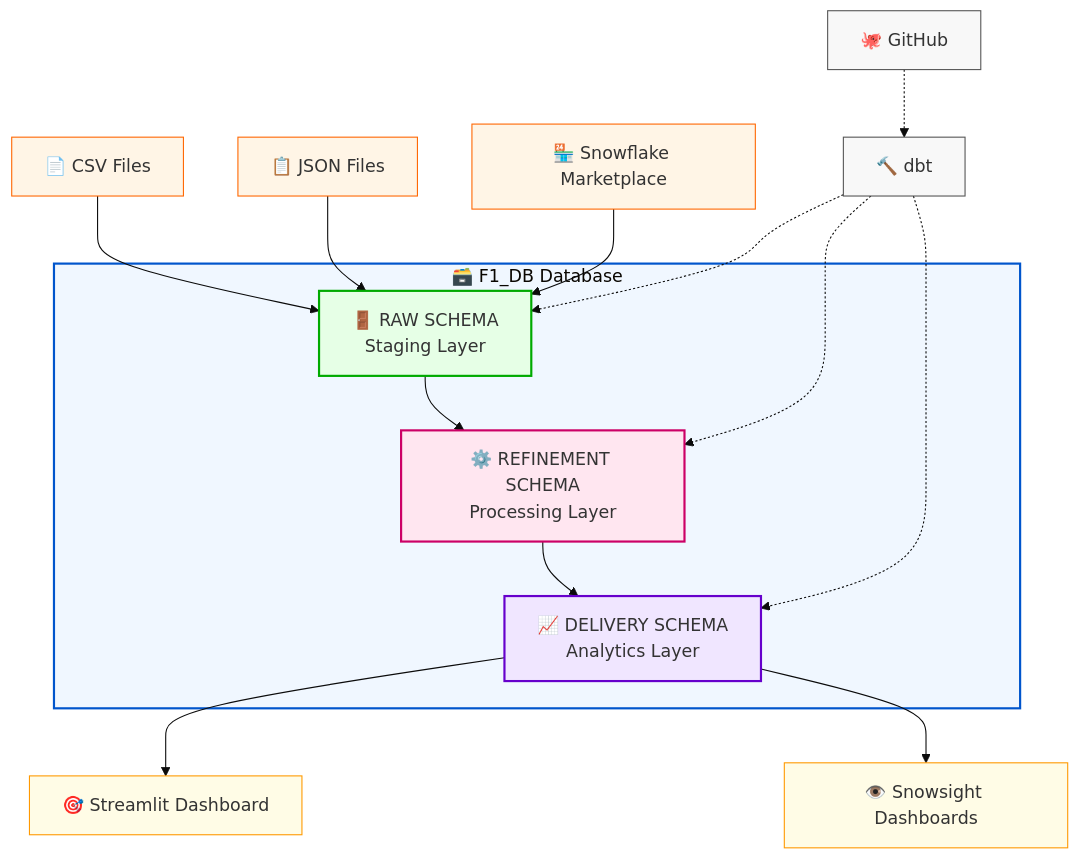
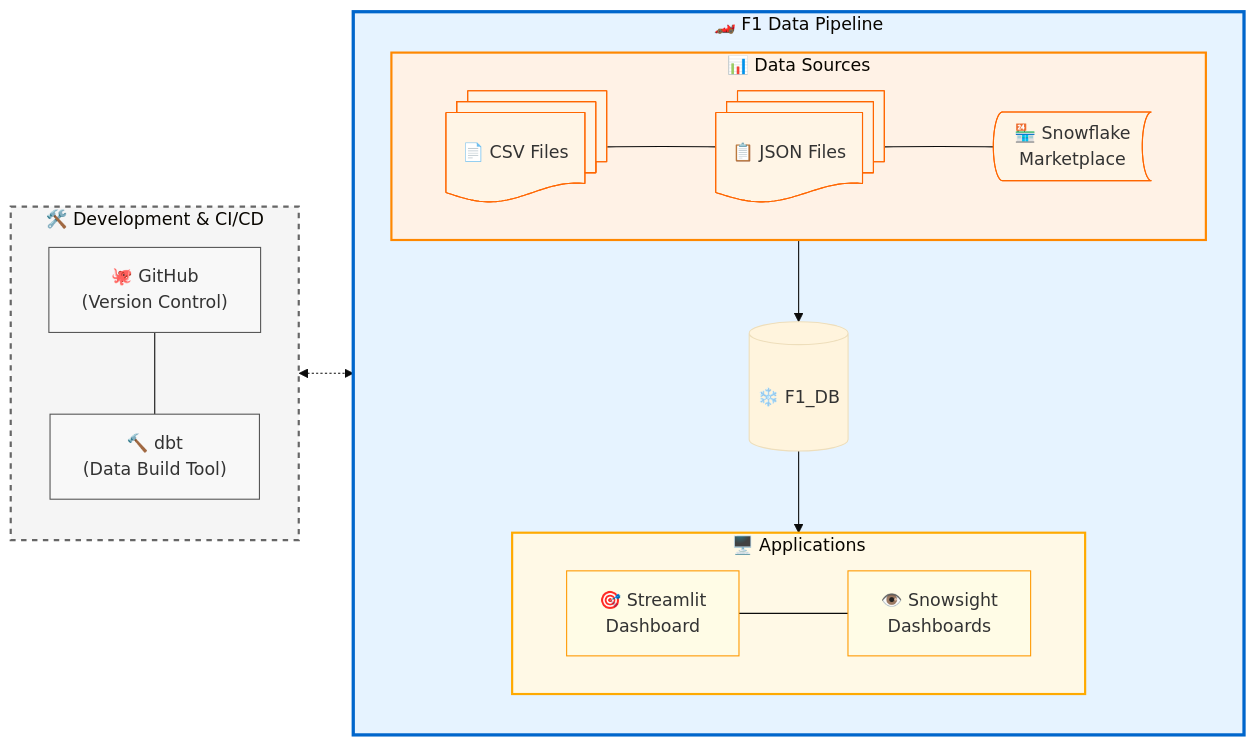
The diagram in Documentation/Doc.md (guillermocontp/Snowflake-project), drawn with Mermaid (base theme) before and after one commit.

````diff
--- a/Documentation/Doc.md
+++ b/Documentation/Doc.md
@@ -57,53 +57,54 @@
 ```mermaid
-flowchart TD
-    %% Data Sources
-    CSV["📄 CSV Files"]
-    JSON["📋 JSON Files"]
-    MARKET["🏪 Snowflake Marketplace"]
+flowchart LR
+  subgraph pipeline["🏎️ F1 Data Pipeline"]
+    direction TB
     
-    %% Database Layers
-    subgraph F1_DB ["🗃️ F1_DB Database"]
-        RAW["🚪 RAW SCHEMA<br/>Staging Layer"]
-        REFINEMENT["⚙️ REFINEMENT SCHEMA<br/>Processing Layer"]
-        DELIVERY["📈 DELIVERY SCHEMA<br/>Analytics Layer"]
+    subgraph sources["📊 Data Sources"]
+        direction LR
+        csv@{ shape: docs, label: "📄 CSV Files" }
+        json@{ shape: docs, label: "📋 JSON Files" }
         
-        RAW --> REFINEMENT
-        REFINEMENT --> DELIVERY
+        marketplace@{ shape: bow-rect, label: "🏪 Snowflake<br/>Marketplace" }
+        
+        csv --- json --- marketplace
     end
     
-    %% Applications
-    STREAMLIT["🎯 Streamlit Dashboard"]
-    SNOWSIGHT["👁️ Snowsight Dashboards"]
+    sources --> database@{ shape: cyl, label: "
+    ❄️ F1_DB <br/>
     
-    %% Development Tools
-    DBT["🔨 dbt"]
-    GITHUB["🐙 GitHub"]
+    " }
+
+    database --> applications["🖥️ Applications"]
     
-    %% Data Flow
-    CSV --> RAW
-    JSON --> RAW
-    MARKET --> RAW
-    
-    DELIVERY --> STREAMLIT
-    DELIVERY --> SNOWSIGHT
-    
-    %% Tool connections
-    DBT -.-> RAW
-    DBT -.-> REFINEMENT
-    DBT -.-> DELIVERY
-    GITHUB -.-> DBT
-    
-    %% Styling
-    style F1_DB fill:#f0f7ff,stroke:#0055cc,stroke-width:2px
-    style RAW fill:#e6ffe6,stroke:#00aa00,stroke-width:2px
-    style REFINEMENT fill:#ffe6f0,stroke:#cc0066,stroke-width:2px
-    style DELIVERY fill:#f0e6ff,stroke:#6600cc,stroke-width:2px
-    
-    style CSV fill:#fff5e6,stroke:#ff6600
-    style JSON fill:#fff5e6,stroke:#ff6600
-    style MARKET fill:#fff5e6,stroke:#ff6600
-    style STREAMLIT fill:#fffce6,stroke:#ff9900
-    style SNOWSIGHT fill:#fffce6,stroke:#ff9900
-    style DBT fill:#f8f8f8,stroke:#555555
-    style GITHUB fill:#f8f8f8,stroke:#555555
+    subgraph applications["🖥️ Applications"]
+        direction LR
+        
+        streamlit["🎯 Streamlit<br/>Dashboard"]
+        snowsight["👁️ Snowsight<br/>Dashboards"]
+        streamlit --- snowsight
+    end
+  end
+  
+  subgraph ci["🛠️ Development & CI/CD"]
+    direction TB
+    github["🐙 GitHub<br/>(Version Control)"]
+    dbt["🔨 dbt<br/>(Data Build Tool)"]
+    github --- dbt
+  end
+  
+  ci <-.-> pipeline
+  
+  %% Styling
+  style pipeline fill:#e6f3ff,stroke:#0066cc,stroke-width:3px
+  style sources fill:#fff2e6,stroke:#ff8800,stroke-width:2px
+  style applications fill:#fff9e6,stroke:#ffaa00,stroke-width:2px
+  style ci fill:#f5f5f5,stroke:#666666,stroke-width:2px,stroke-dasharray: 5 5
+  
+  style csv fill:#fff5e6,stroke:#ff6600
+  style json fill:#fff5e6,stroke:#ff6600
+  style marketplace fill:#fff5e6,stroke:#ff6600
+  style streamlit fill:#fffce6,stroke:#ff9900
+  style snowsight fill:#fffce6,stroke:#ff9900
+  style github fill:#f8f8f8,stroke:#555555
+  style dbt fill:#f8f8f8,stroke:#555555
 ```
````
